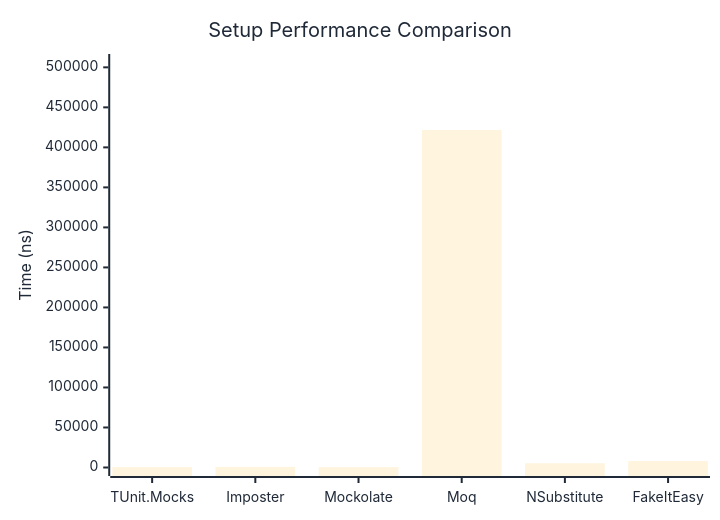
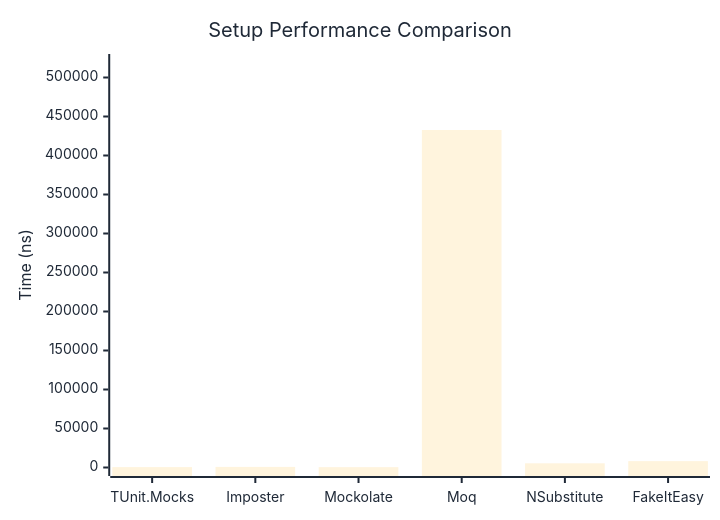
Before and after one commit to thomhurst/TUnit: the first of 2 diagrams in docs/docs/benchmarks/mocks/Setup.md, drawn with Mermaid. The commit also changed other lines of this file and 14 other files, not shown here.

````diff
--- a/docs/docs/benchmarks/mocks/Setup.md
+++ b/docs/docs/benchmarks/mocks/Setup.md
@@ -28,27 +28,27 @@
 ```mermaid
 %%{init: {
   'theme':'base',
   'themeVariables': {
     'primaryColor': '#2563eb',
     'primaryTextColor': '#1f2937',
     'primaryBorderColor': '#1e40af',
     'lineColor': '#6b7280',
     'secondaryColor': '#7c3aed',
     'tertiaryColor': '#dc2626',
     'background': '#ffffff',
     'pie1': '#2563eb',
     'pie2': '#7c3aed',
     'pie3': '#dc2626',
     'pie4': '#f59e0b',
     'pie5': '#10b981',
     'pie6': '#06b6d4',
     'pie7': '#ec4899',
     'pie8': '#6366f1'
   }
 }}%%
 xychart-beta
   title "Setup Performance Comparison"
   x-axis ["TUnit.Mocks", "Imposter", "Mockolate", "Moq", "NSubstitute", "FakeItEasy"]
-  y-axis "Time (ns)" 0 --> 506042
-  bar [492.4, 774.2, 424.9, 421701, 5305.7, 8075.6]
+  y-axis "Time (ns)" 0 --> 519229
+  bar [527.2, 780.1, 447.5, 432690.5, 5393.7, 8158.3]
 ```
````
